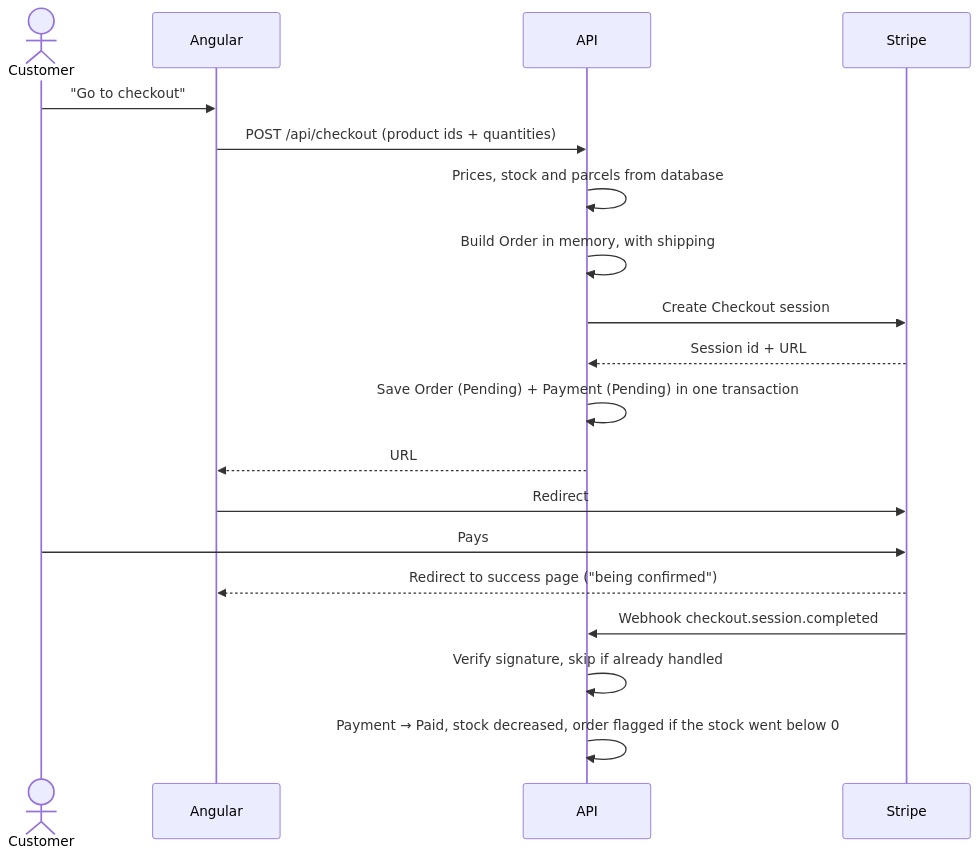
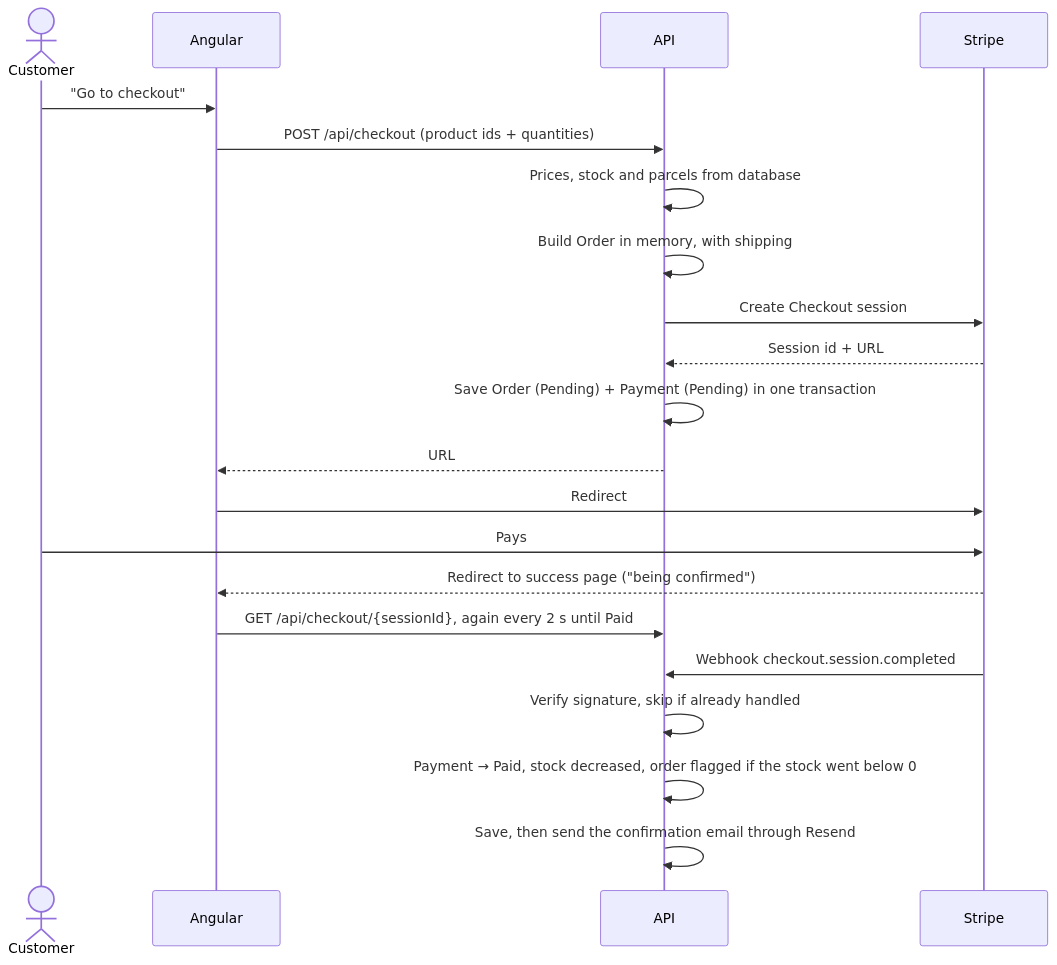
One commit to HannaJ95/grej changed the second of 3 diagrams in docs/architecture.md. Above: the diagram before and after it, drawn with Mermaid. The commit also changed other lines of this file and 7 other files, not shown here.

````diff
--- a/docs/architecture.md
+++ b/docs/architecture.md
@@ -102,22 +105,24 @@
 ```mermaid
 sequenceDiagram
     actor C as Customer
     participant F as Angular
     participant A as API
     participant S as Stripe
 
     C->>F: "Go to checkout"
     F->>A: POST /api/checkout (product ids + quantities)
     A->>A: Prices, stock and parcels from database
     A->>A: Build Order in memory, with shipping
     A->>S: Create Checkout session
     S-->>A: Session id + URL
     A->>A: Save Order (Pending) + Payment (Pending) in one transaction
     A-->>F: URL
     F->>S: Redirect
     C->>S: Pays
     S-->>F: Redirect to success page ("being confirmed")
+    F->>A: GET /api/checkout/{sessionId}, again every 2 s until Paid
     S->>A: Webhook checkout.session.completed
     A->>A: Verify signature, skip if already handled
     A->>A: Payment → Paid, stock decreased, order flagged if the stock went below 0
+    A->>A: Save, then send the confirmation email through Resend
 ```
````
